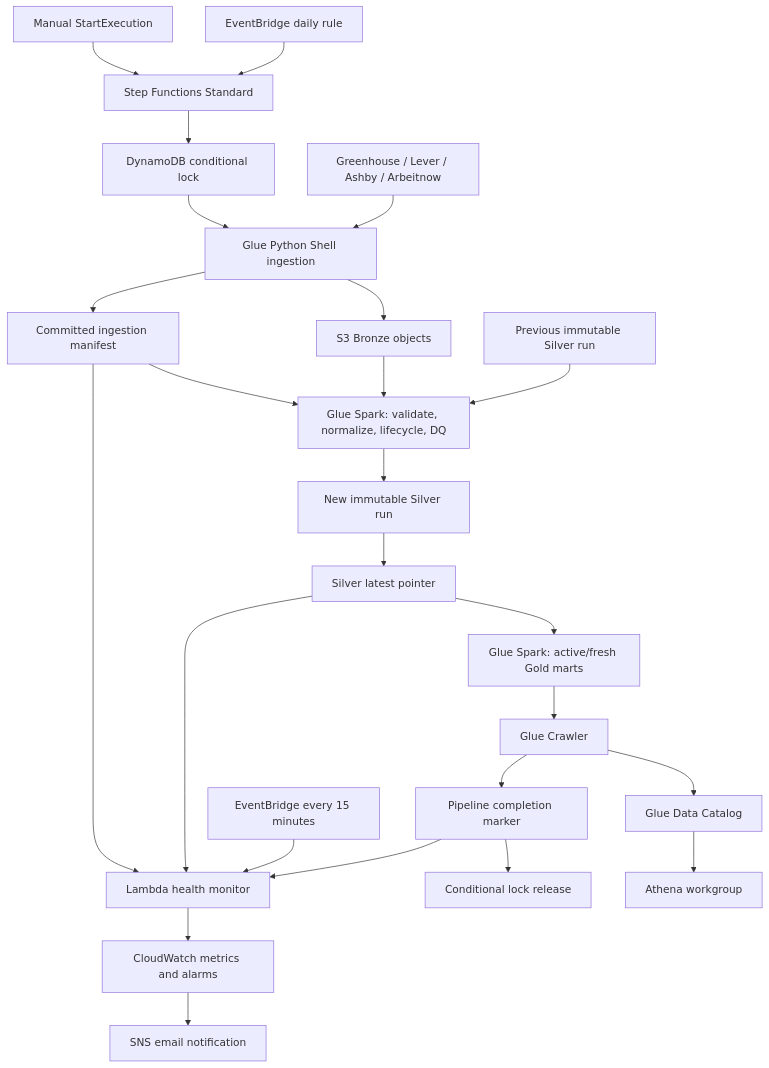
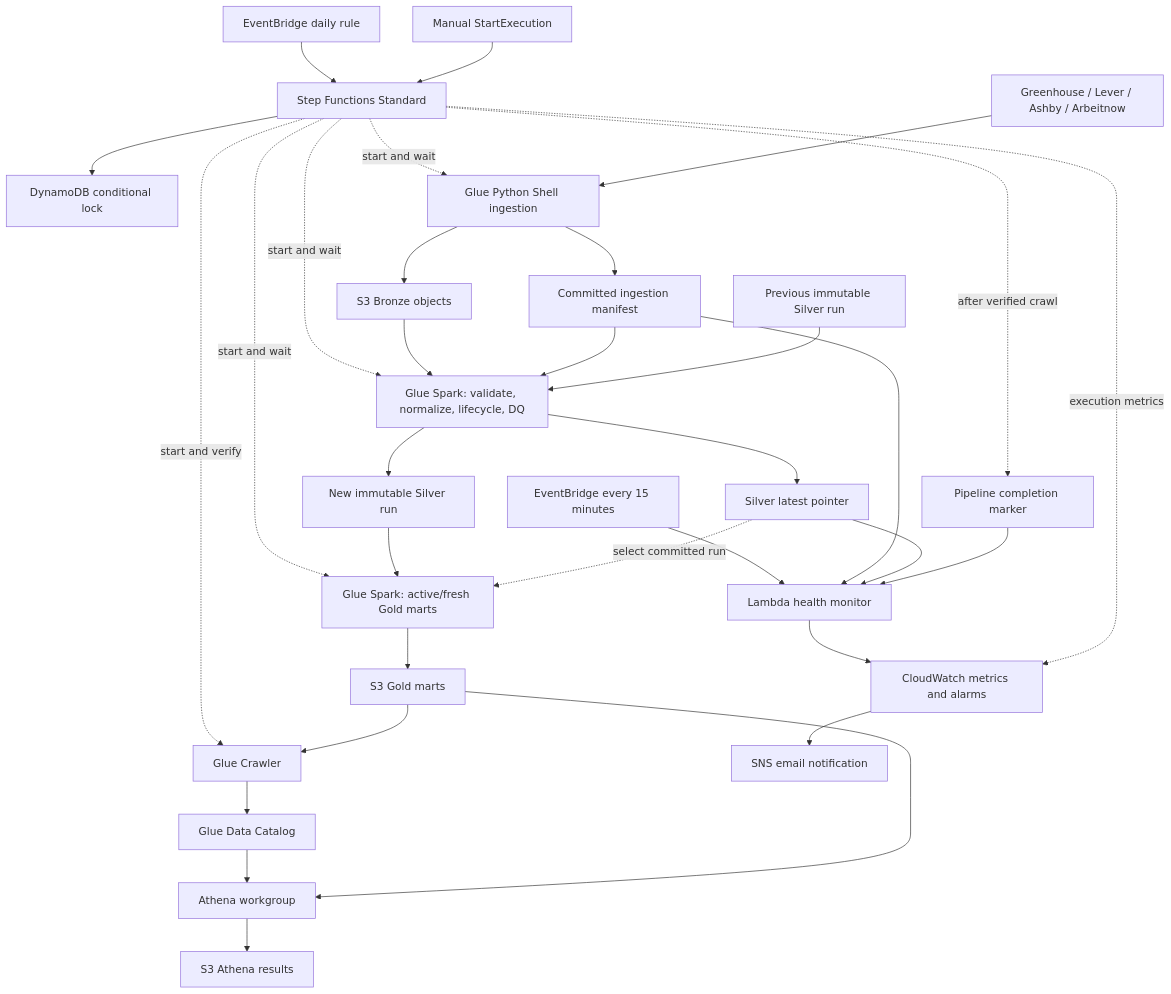
Before and after one commit to Viluoicode/Job-Market-Pipeline-cloud: the second of 2 diagrams in docs/architecture.md, drawn with Mermaid. The commit also changed other lines of this file and 3 other files, not shown here.

````diff
--- a/docs/architecture.md
+++ b/docs/architecture.md
@@ -32,28 +32,35 @@
 ```mermaid
 flowchart TD
     SCHEDULE[EventBridge daily rule] --> SFN[Step Functions Standard]
     MANUAL[Manual StartExecution] --> SFN
     SFN --> LOCK[DynamoDB conditional lock]
-    LOCK --> INGEST[Glue Python Shell ingestion]
+    SFN -. start and wait .-> INGEST[Glue Python Shell ingestion]
+    SFN -. start and wait .-> SILVER
+    SFN -. start and wait .-> GOLD
     ATS[Greenhouse / Lever / Ashby / Arbeitnow] --> INGEST
     INGEST --> BRONZE[S3 Bronze objects]
     INGEST --> MANIFEST[Committed ingestion manifest]
     BRONZE --> SILVER[Glue Spark: validate, normalize, lifecycle, DQ]
     MANIFEST --> SILVER
     PREVIOUS[Previous immutable Silver run] --> SILVER
     SILVER --> SILVER_RUN[New immutable Silver run]
-    SILVER_RUN --> SILVER_STATE[Silver latest pointer]
-    SILVER_STATE --> GOLD[Glue Spark: active/fresh Gold marts]
-    GOLD --> CRAWLER[Glue Crawler]
+    SILVER --> SILVER_STATE[Silver latest pointer]
+    SILVER_RUN --> GOLD[Glue Spark: active/fresh Gold marts]
+    SILVER_STATE -. select committed run .-> GOLD
+    GOLD --> GOLD_DATA[S3 Gold marts]
+    SFN -. start and verify .-> CRAWLER[Glue Crawler]
+    GOLD_DATA --> CRAWLER
     CRAWLER --> CATALOG[Glue Data Catalog]
     CATALOG --> ATHENA[Athena workgroup]
-    CRAWLER --> COMPLETE[Pipeline completion marker]
-    COMPLETE --> RELEASE[Conditional lock release]
+    GOLD_DATA --> ATHENA
+    ATHENA --> RESULTS[S3 Athena results]
+    SFN -. after verified crawl .-> COMPLETE[Pipeline completion marker]
 
     MONITOR_SCHEDULE[EventBridge every 15 minutes] --> MONITOR[Lambda health monitor]
     MANIFEST --> MONITOR
     SILVER_STATE --> MONITOR
     COMPLETE --> MONITOR
     MONITOR --> METRICS[CloudWatch metrics and alarms]
+    SFN -. execution metrics .-> METRICS
     METRICS --> SNS[SNS email notification]
 ```
````
